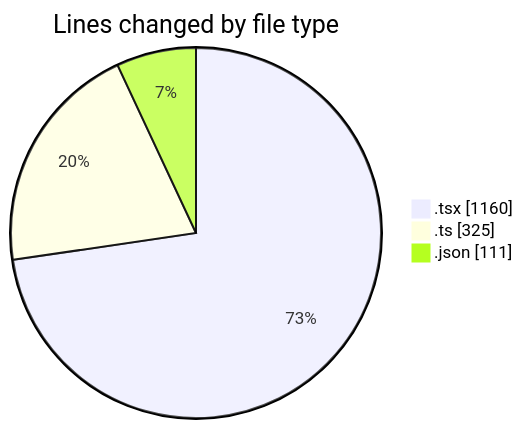
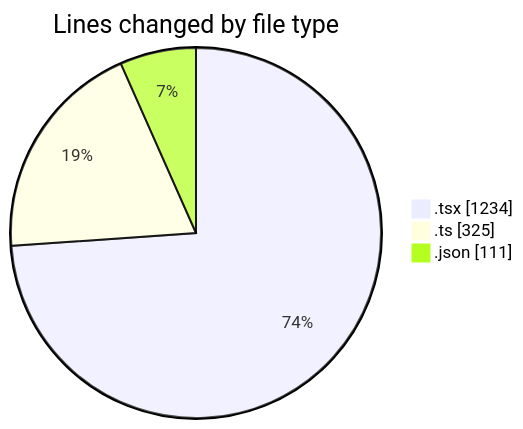
Before and after one commit to julien-gomy/code-tracking: the first of 2 diagrams in 2025-11-08/eventscop-frontend-guide__workspace_/README.md, drawn with Mermaid. The commit also changed other lines of this file and 1 other file, not shown here.

````diff
--- a/2025-11-08/eventscop-frontend-guide__workspace_/README.md
+++ b/2025-11-08/eventscop-frontend-guide__workspace_/README.md
@@ -31,7 +32,7 @@
 ```mermaid
 pie showData
 title Lines changed by file type
-".tsx" : 1160
+".tsx" : 1234
 ".ts" : 325
 ".json" : 111
 ```
````
